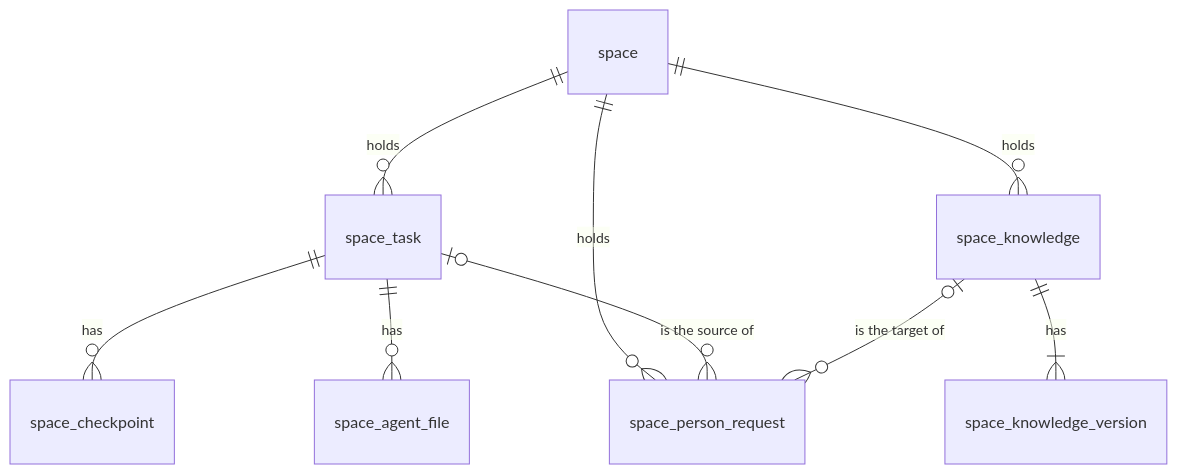
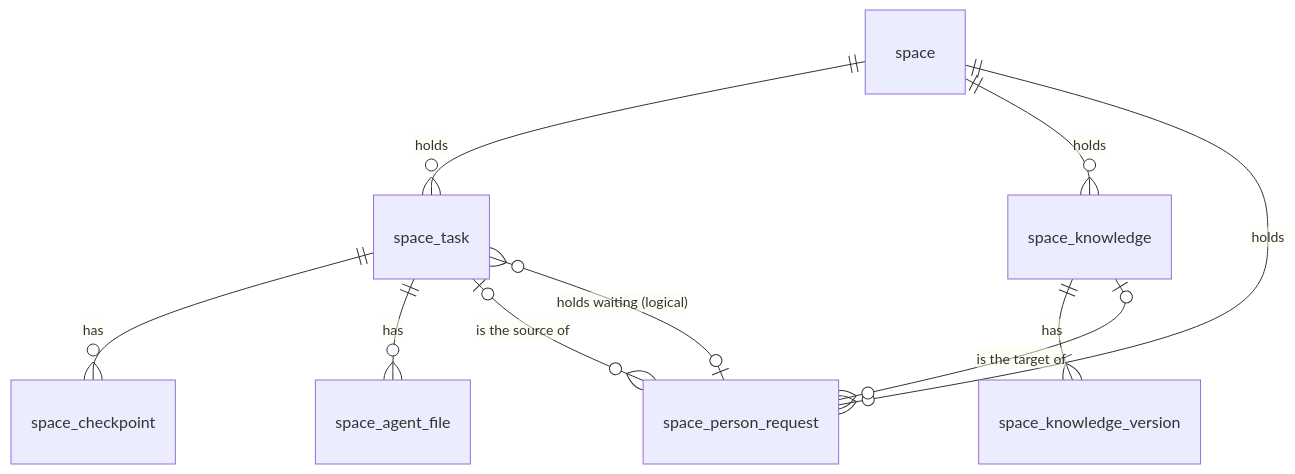
The diagram in lib/docs/architecture/data-model.md (lorebayai/lorebay), drawn with Mermaid before and after one commit. The commit also changed other lines of this file and 64 other files, not shown here.

````diff
--- a/lib/docs/architecture/data-model.md
+++ b/lib/docs/architecture/data-model.md
@@ -93,11 +96,12 @@
 ```mermaid
 erDiagram
     space ||--o{ space_task : "holds"
     space ||--o{ space_knowledge : "holds"
     space ||--o{ space_person_request : "holds"
     space_task ||--o{ space_checkpoint : "has"
     space_task ||--o{ space_agent_file : "has"
     space_task |o--o{ space_person_request : "is the source of"
+    space_person_request |o--o{ space_task : "holds waiting (logical)"
     space_knowledge ||--|{ space_knowledge_version : "has"
     space_knowledge |o--o{ space_person_request : "is the target of"
 ```
````
